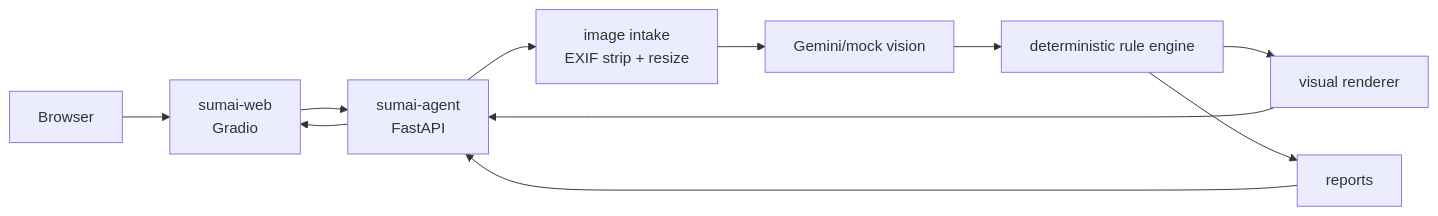
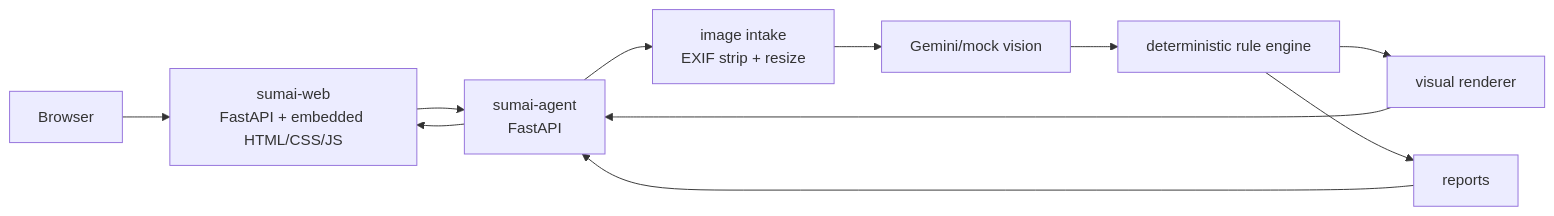
Before and after one commit to zll6796096/sumai-guard-agent: the first of 2 diagrams in docs/architecture.md, drawn with Mermaid. The commit also changed other lines of this file and 3 other files, not shown here.

````diff
--- a/docs/architecture.md
+++ b/docs/architecture.md
@@ -5,13 +5,13 @@
 ```mermaid
 flowchart LR
-    Browser[Browser] --> Web[sumai-web<br/>Gradio]
+    Browser[Browser] --> Web[sumai-web<br/>FastAPI + embedded HTML/CSS/JS]
     Web --> Agent[sumai-agent<br/>FastAPI]
     Agent --> Intake[image intake<br/>EXIF strip + resize]
     Intake --> Vision[Gemini/mock vision]
     Vision --> Rules[deterministic rule engine]
     Rules --> Visual[visual renderer]
     Rules --> Reports[reports]
     Visual --> Agent
     Reports --> Agent
     Agent --> Web
 ```
````
